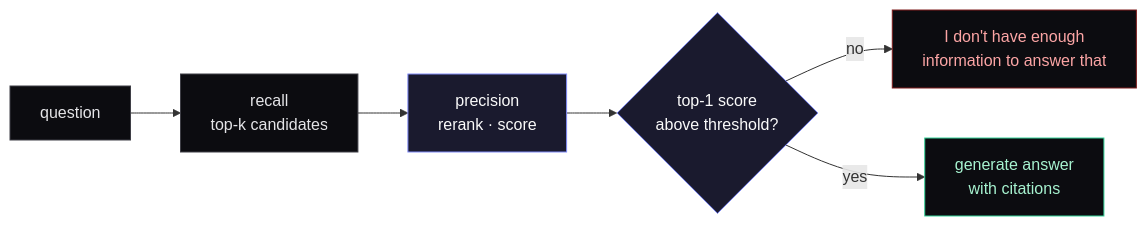
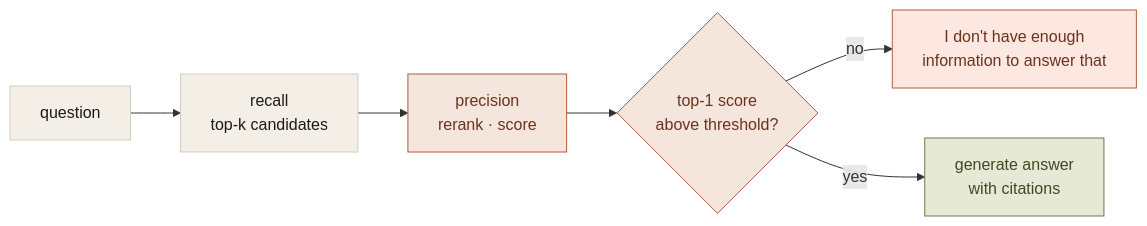
The first of 2 diagrams in content/writing/refusal-is-the-feature.mdx (sagar8080/sagar8080.github.io), drawn with Mermaid before and after one commit. The commit also changed other lines of this file and 21 other files, not shown here.

````diff
--- a/content/writing/refusal-is-the-feature.mdx
+++ b/content/writing/refusal-is-the-feature.mdx
@@ -25,13 +25,13 @@
 ```mermaid
 flowchart LR
-  classDef accent fill:#1a1a2e,stroke:#818cf8,color:#fafafa
-  classDef plain fill:#0c0c10,stroke:#3f3f46,color:#e4e4e7
-  classDef refuse fill:#0c0c10,stroke:#7f1d1d,color:#fca5a5
-  classDef ok fill:#0c0c10,stroke:#34d399,color:#a7f3d0
+  classDef accent fill:#f4e6dd,stroke:#b45a3c,color:#6A3320
+  classDef plain fill:#f3efe7,stroke:#d4cdbe,color:#1c1917
+  classDef refuse fill:#fce8e0,stroke:#b45a3c,color:#6A3320
+  classDef ok fill:#e6e9d6,stroke:#6b7a4e,color:#3F4A24
 
   Q[question]:::plain --> RC[recall<br/>top-k candidates]:::plain
   RC --> PR[precision<br/>rerank · score]:::accent
   PR --> G{top-1 score<br/>above threshold?}:::accent
   G -->|no| REF["I don't have enough<br/>information to answer that"]:::refuse
   G -->|yes| ANS[generate answer<br/>with citations]:::ok
 ```
````
